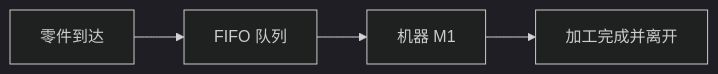
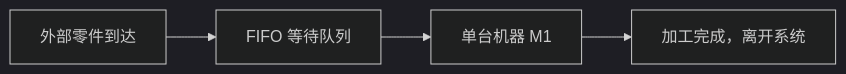
The diagram in manual-event-simulation/02-single-machine-five-parts.md (ZeyuYu713/system-simulation-learning), drawn with Mermaid (dark theme) before and after one commit. The commit also changed other lines of this file, not shown here.

Commit message:
Expand five-part FIFO event scheduling, cutoff statistics and worked variants

````diff
--- a/manual-event-simulation/02-single-machine-five-parts.md
+++ b/manual-event-simulation/02-single-machine-five-parts.md
@@ -11,6 +13,6 @@
 ```mermaid
 flowchart LR
-  A["零件到达"] --> Q["FIFO 队列"]
-  Q --> M["机器 M1"]
-  M --> D["加工完成并离开"]
+  A["外部零件到达"] --> Q["FIFO 等待队列"]
+  Q --> M["单台机器 M1"]
+  M --> D["加工完成，离开系统"]
 ```
````
